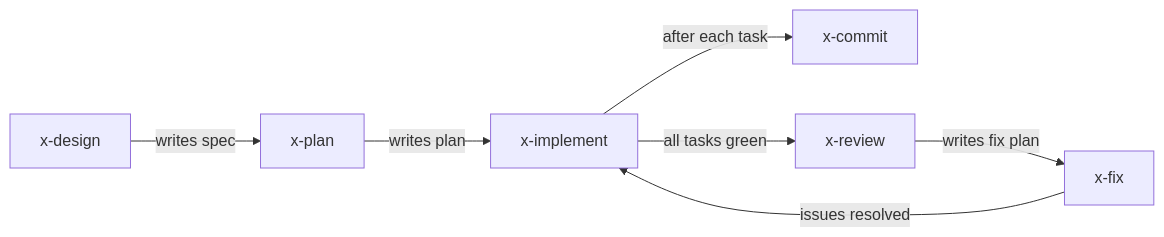
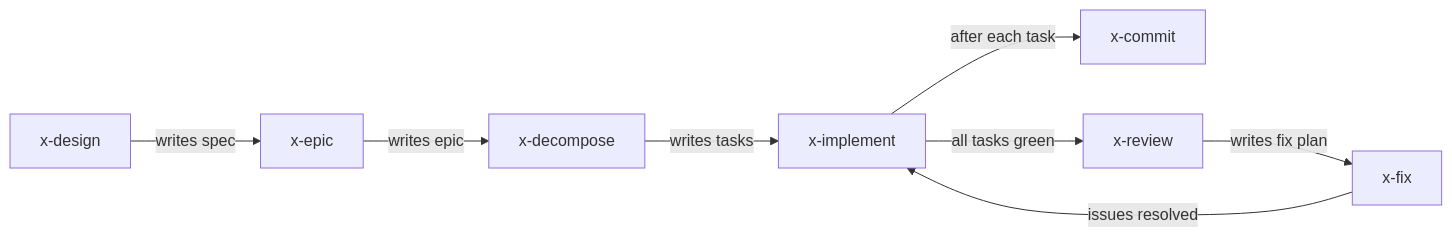
Before and after one commit to lleqsnoom/xskills: the diagram in README.md, drawn with Mermaid. The commit also changed other lines of this file and 14 other files, not shown here.

Commit message:
refactor(skills): remove x-plan skill and refactor design/review workflows

````diff
--- a/README.md
+++ b/README.md
@@ -61,9 +62,10 @@
 ```mermaid
 flowchart LR
-    A[x-design] -->|writes spec| B[x-plan]
-    B -->|writes plan| C[x-implement]
-    C -->|after each task| D[x-commit]
-    C -->|all tasks green| E[x-review]
-    E -->|writes fix plan| F[x-fix]
-    F -->|issues resolved| C
+    A[x-design] -->|writes spec| B[x-epic]
+    B -->|writes epic| C[x-decompose]
+    C -->|writes tasks| D[x-implement]
+    D -->|after each task| E[x-commit]
+    D -->|all tasks green| F[x-review]
+    F -->|writes fix plan| G[x-fix]
+    G -->|issues resolved| D
 ```
````
